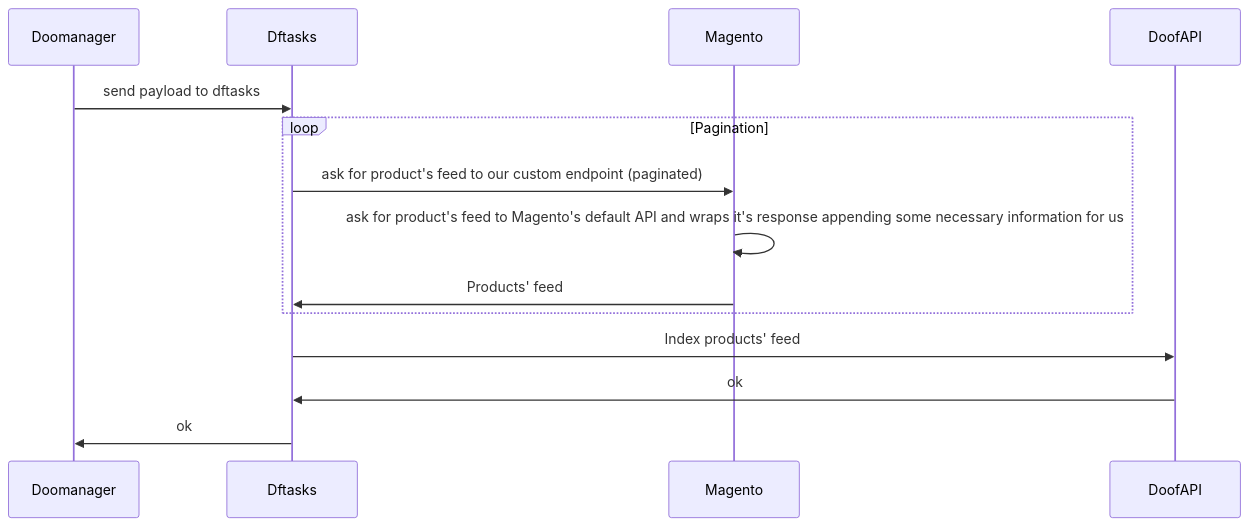
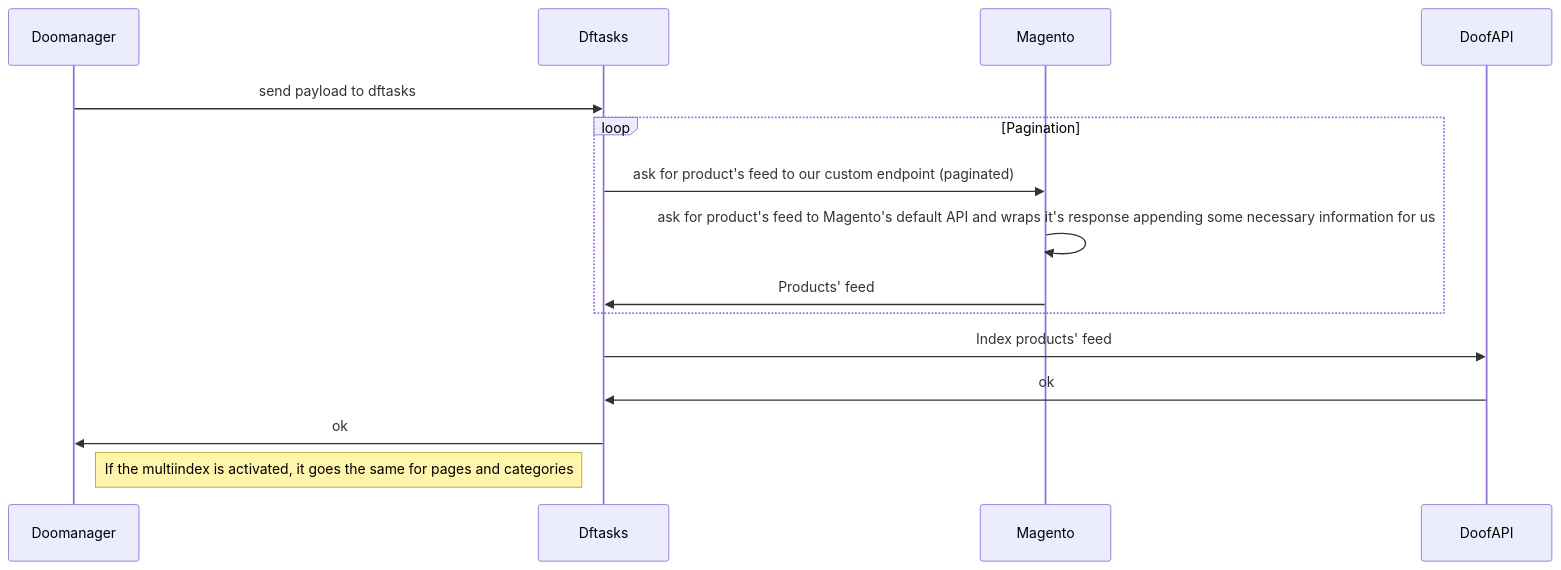
One commit to doofinder/doofinder-magento2 changed the second of 3 diagrams in magento_architecture.md. Above: the diagram before and after it, drawn with Mermaid. The commit also changed other lines of this file, not shown here.

Commit message:
Improved mermaid sequence

````diff
--- a/magento_architecture.md
+++ b/magento_architecture.md
@@ -43,12 +44,14 @@
 ```mermaid
 sequenceDiagram
   Doomanager ->> Dftasks: send payload to dftasks
   loop Pagination
     Dftasks ->> Magento: ask for product's feed to our custom endpoint (paginated)
     Magento ->> Magento: ask for product's feed to Magento's default API and wraps it's response appending some necessary information for us
     Magento ->> Dftasks: Products' feed
   end
   Dftasks ->> DoofAPI: Index products' feed
   DoofAPI ->> Dftasks: ok
   Dftasks ->> Doomanager: ok
+  Note left of Dftasks: If the multiindex is activated, it goes the same for pages and categories
+
 ```
````
